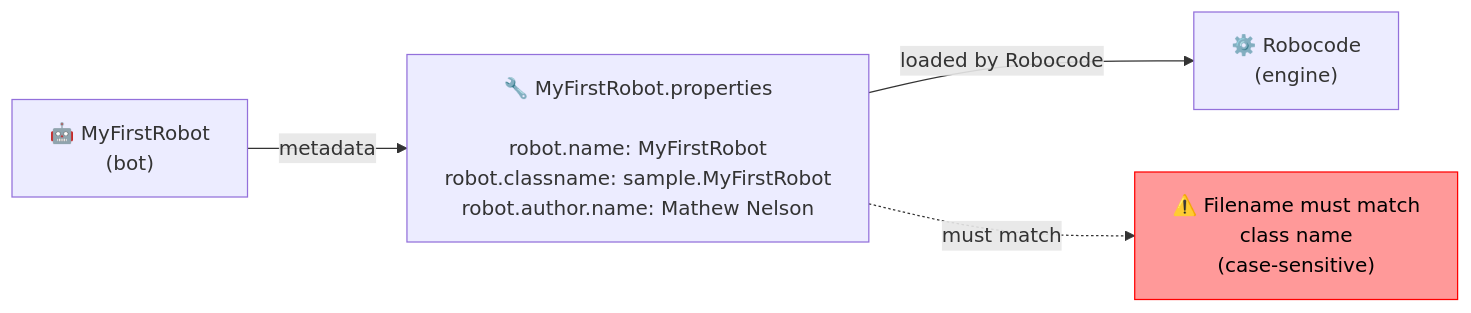
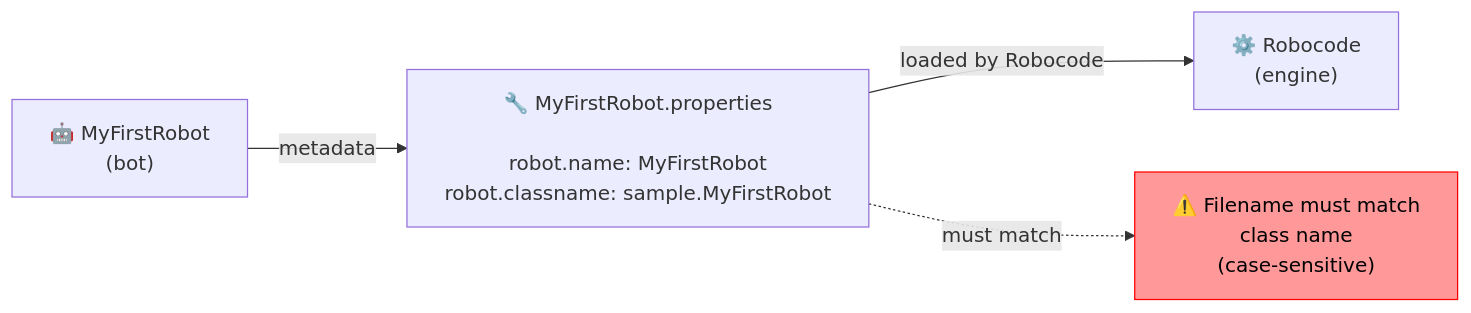
One commit to robocode-dev/book-of-robocode changed the first of 3 diagrams in book/getting-started/robot-properties-file.md. Above: the diagram before and after it, drawn with Mermaid. The commit also changed other lines of this file and 56 other files, not shown here.

````diff
--- a/book/getting-started/robot-properties-file.md
+++ b/book/getting-started/robot-properties-file.md
@@ -27,12 +30,12 @@
 ```mermaid
 flowchart LR
     Bot["🤖 MyFirstRobot<br/>(bot)"]
-    Props["🔧 MyFirstRobot.properties<br><br>robot.name: MyFirstRobot<br>robot.classname:&nbsp;sample.MyFirstRobot<br>robot.author.name: Mathew Nelson"]
+    Props["🔧 MyFirstRobot.properties<br><br>robot.name: MyFirstRobot<br>robot.classname:&nbsp;sample.MyFirstRobot"]
     Engine["⚙️ Robocode<br/>(engine)"]
     Rule["⚠️ Filename must match<br>class name<br>(case-sensitive)"]
     Bot -->|metadata| Props
     Props -->|loaded by Robocode| Engine
     Props -.->|must match| Rule
     classDef warning fill: #f99, color: black, stroke: red, stroke-width: 1px;
     class Rule warning;
 ```
````
